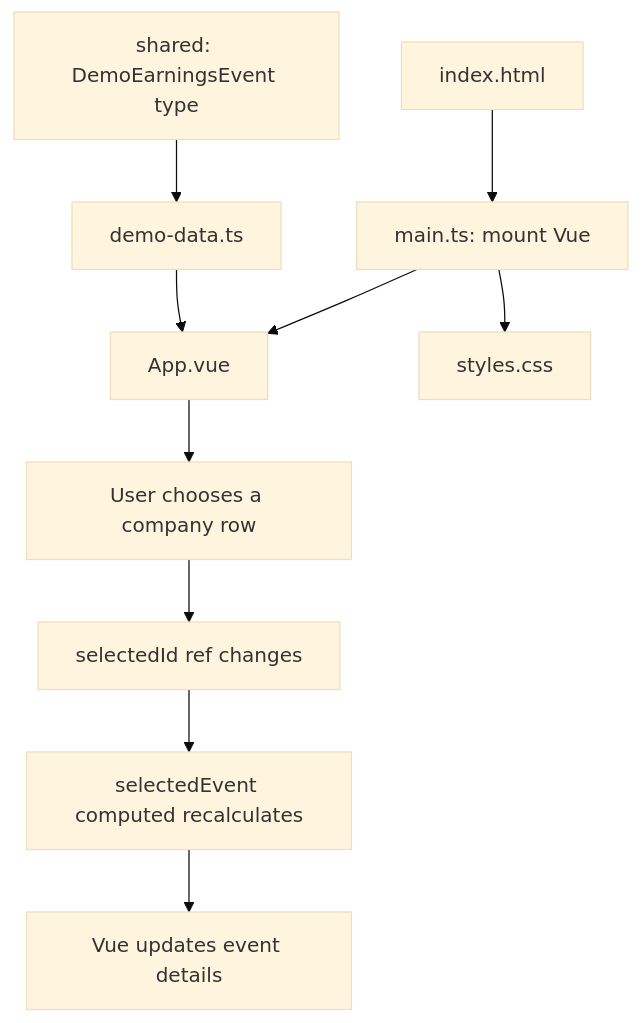
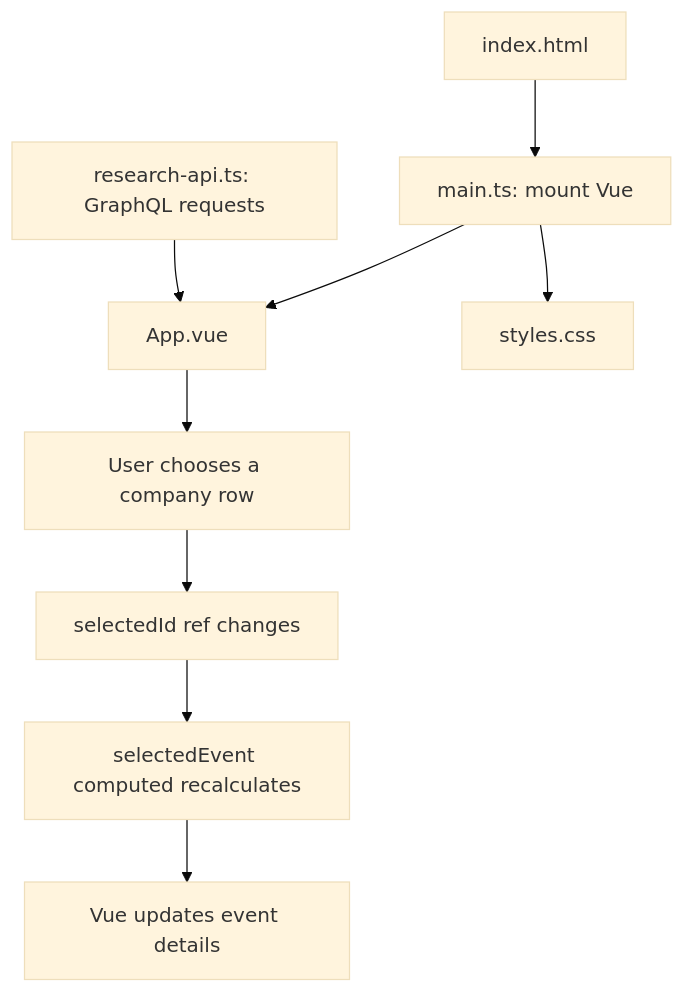
Before and after one commit to thstamod/chiron-core: diagram 14 of 16 in docs/visual-guide.md, drawn with Mermaid (base theme). The commit also changed other lines of this file and 10 other files, not shown here.

````diff
--- a/docs/visual-guide.md
+++ b/docs/visual-guide.md
@@ -420,12 +427,11 @@
 ```mermaid
 flowchart TD
     HTML[index.html] --> MAIN[main.ts: mount Vue]
     MAIN --> APP[App.vue]
     MAIN --> CSS[styles.css]
-    DATA[demo-data.ts] --> APP
-    TYPES[shared: DemoEarningsEvent type] --> DATA
+    API[research-api.ts: GraphQL requests] --> APP
     APP --> CLICK[User chooses a company row]
     CLICK --> ID[selectedId ref changes]
     ID --> SELECT[selectedEvent computed recalculates]
     SELECT --> UI[Vue updates event details]
 ```
````
